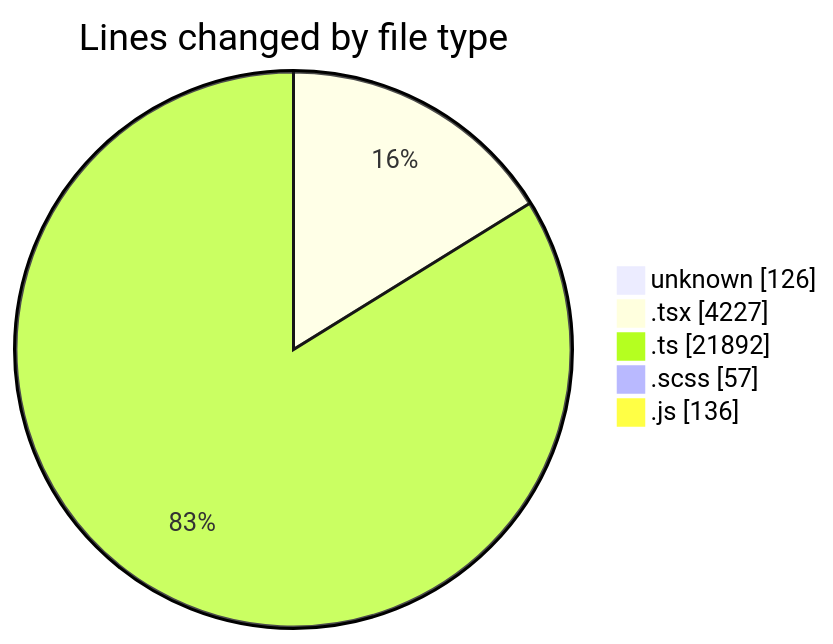
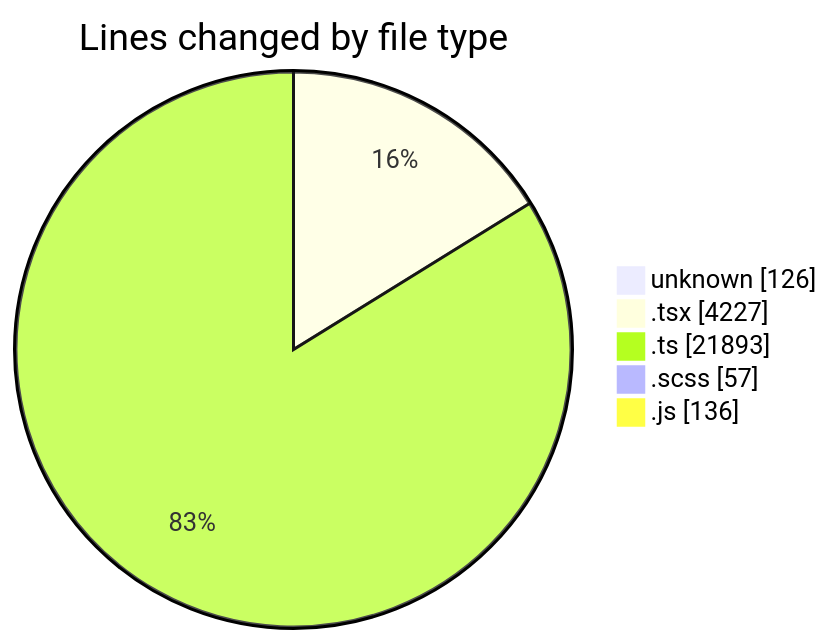
The first of 2 diagrams in 2026-09-23/cda/README.md (momahboobian/code-tracking), drawn with Mermaid before and after one commit. The commit also changed other lines of this file and 1 other file, not shown here.

````diff
--- a/2026-09-23/cda/README.md
+++ b/2026-09-23/cda/README.md
@@ -47,9 +47,9 @@
 ```mermaid
 pie showData
 title Lines changed by file type
 "unknown" : 126
 ".tsx" : 4227
-".ts" : 21892
+".ts" : 21893
 ".scss" : 57
 ".js" : 136
 ```
````
